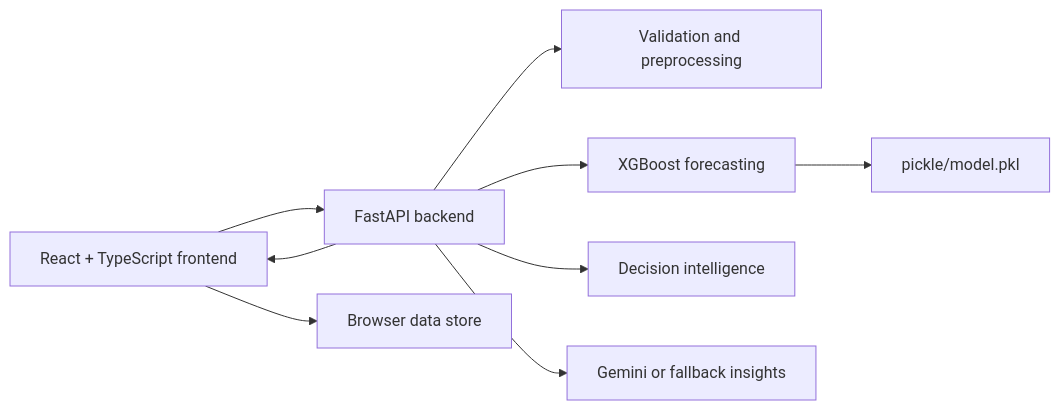
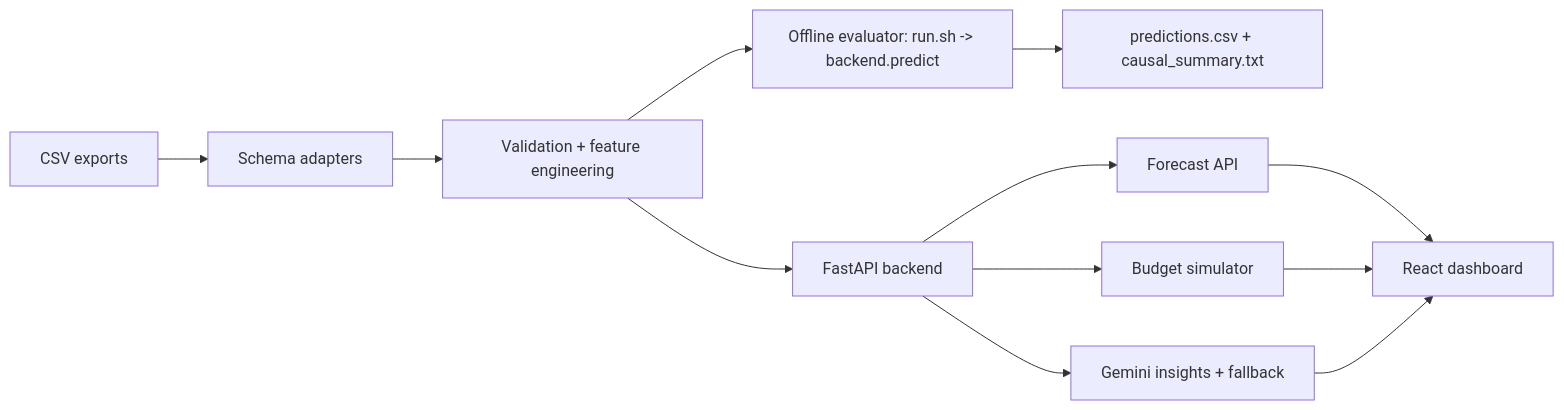
The diagram in README.md (VINAY-KUMAR-PY/ignite-forecast-iq), drawn with Mermaid before and after one commit. The commit also changed other lines of this file and 26 other files, not shown here.

````diff
--- a/README.md
+++ b/README.md
@@ -159,11 +20,14 @@
 ```mermaid
 flowchart LR
-  UI["React + TypeScript frontend"] --> API["FastAPI backend"]
-  UI --> LocalStore["Browser data store"]
-  API --> Validation["Validation and preprocessing"]
-  API --> Forecasting["XGBoost forecasting"]
-  API --> Decision["Decision intelligence"]
-  API --> Gemini["Gemini or fallback insights"]
-  Forecasting --> Model["pickle/model.pkl"]
-  API --> UI
+  CSV["CSV exports"] --> Adapter["Schema adapters"]
+  Adapter --> Validation["Validation + feature engineering"]
+  Validation --> Offline["Offline evaluator: run.sh -> backend.predict"]
+  Validation --> API["FastAPI backend"]
+  Offline --> Predictions["predictions.csv + causal_summary.txt"]
+  API --> Forecast["Forecast API"]
+  API --> Simulator["Budget simulator"]
+  API --> Gemini["Gemini insights + fallback"]
+  Forecast --> UI["React dashboard"]
+  Simulator --> UI
+  Gemini --> UI
 ```
````
